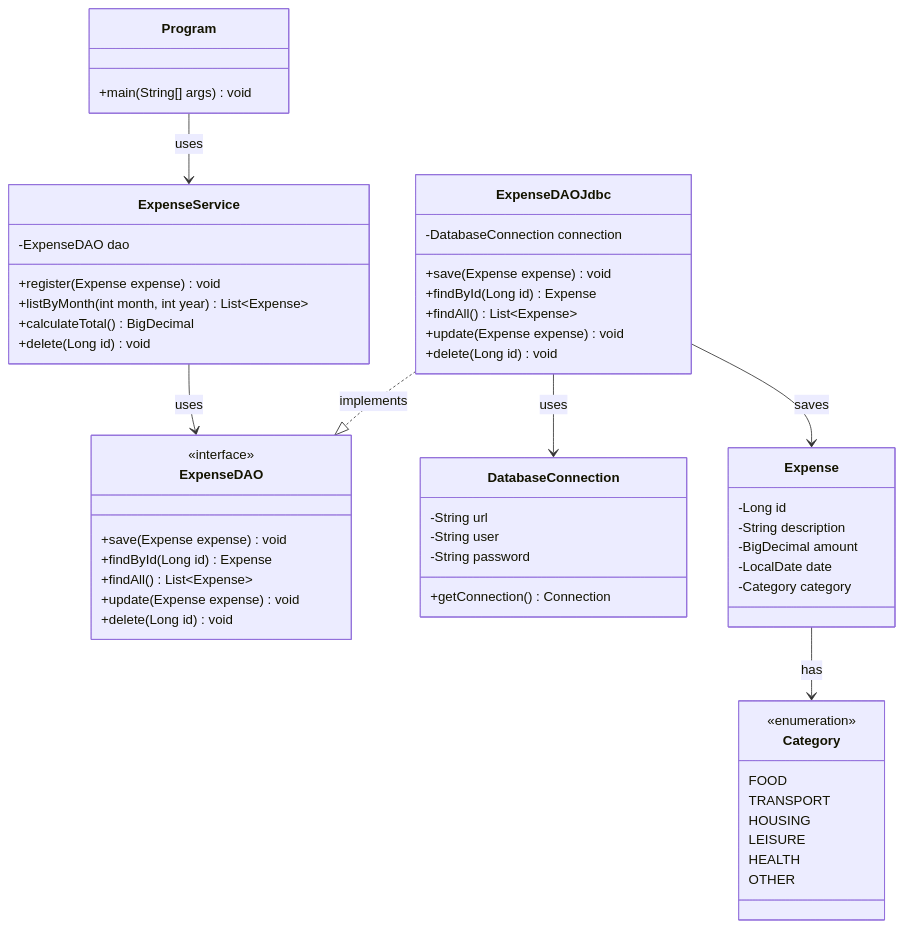
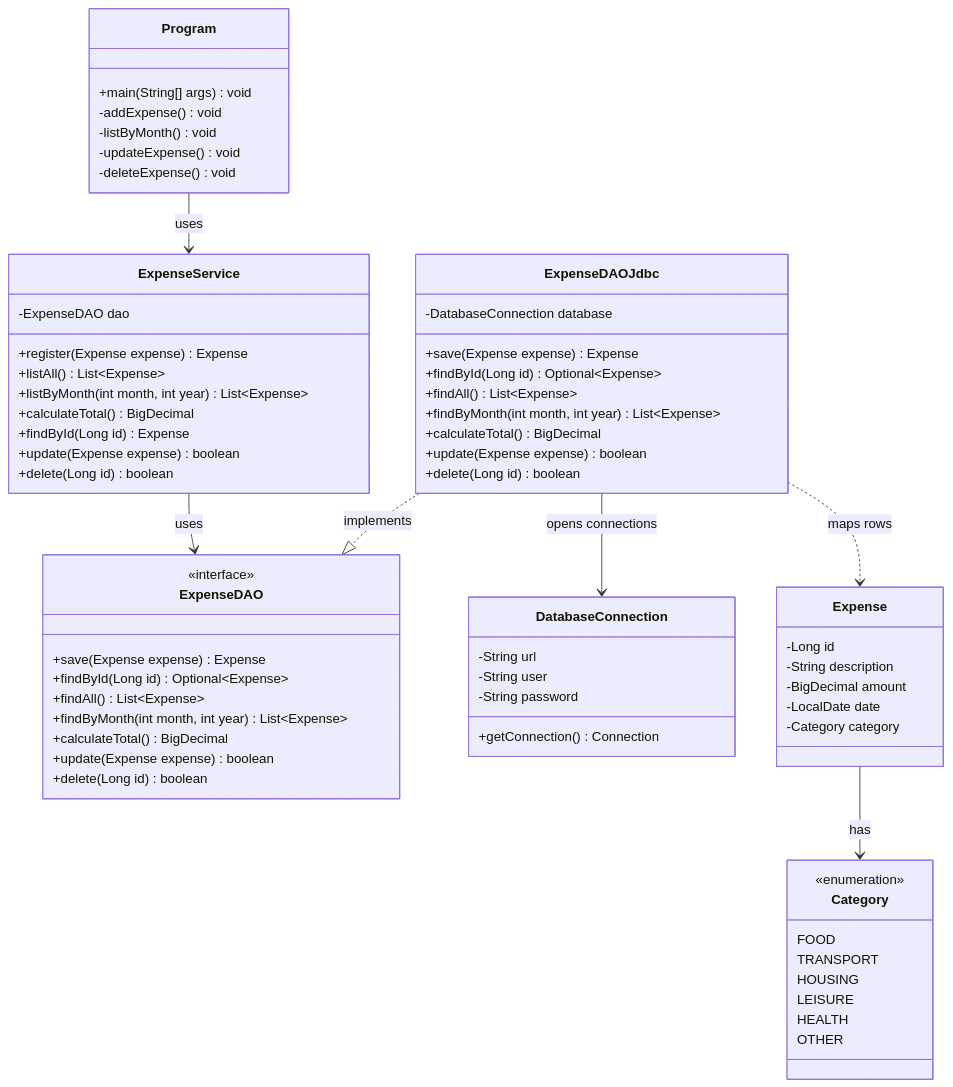
The diagram in docs/diagrams/src/v2-jdbc.mmd (Gxstein/expense-tracker-java), drawn with Mermaid before and after one commit.

Commit message:
docs: align JDBC diagram with implementation

```diff
--- a/docs/diagrams/src/v2-jdbc.mmd
+++ b/docs/diagrams/src/v2-jdbc.mmd
@@ -1,55 +1,66 @@
 classDiagram
     class Program {
         +main(String[] args) void
+        -addExpense() void
+        -listByMonth() void
+        -updateExpense() void
+        -deleteExpense() void
     }
     class ExpenseService {
         -ExpenseDAO dao
-        +register(Expense expense) void
+        +register(Expense expense) Expense
+        +listAll() List~Expense~
         +listByMonth(int month, int year) List~Expense~
         +calculateTotal() BigDecimal
-        +delete(Long id) void
+        +findById(Long id) Expense
+        +update(Expense expense) boolean
+        +delete(Long id) boolean
     }
     class ExpenseDAO {
         <<interface>>
-        +save(Expense expense) void
-        +findById(Long id) Expense
+        +save(Expense expense) Expense
+        +findById(Long id) Optional~Expense~
         +findAll() List~Expense~
-        +update(Expense expense) void
-        +delete(Long id) void
+        +findByMonth(int month, int year) List~Expense~
+        +calculateTotal() BigDecimal
+        +update(Expense expense) boolean
+        +delete(Long id) boolean
     }
     class ExpenseDAOJdbc {
-        -DatabaseConnection connection
-        +save(Expense expense) void
-        +findById(Long id) Expense
+        -DatabaseConnection database
+        +save(Expense expense) Expense
+        +findById(Long id) Optional~Expense~
         +findAll() List~Expense~
-        +update(Expense expense) void
-        +delete(Long id) void
+        +findByMonth(int month, int year) List~Expense~
+        +calculateTotal() BigDecimal
+        +update(Expense expense) boolean
+        +delete(Long id) boolean
     }
     class DatabaseConnection {
         -String url
         -String user
         -String password
         +getConnection() Connection
     }
     class Expense {
         -Long id
         -String description
         -BigDecimal amount
         -LocalDate date
         -Category category
     }
     class Category {
         <<enumeration>>
         FOOD
         TRANSPORT
         HOUSING
         LEISURE
         HEALTH
         OTHER
     }
     Program --> ExpenseService : uses
     ExpenseService --> ExpenseDAO : uses
     ExpenseDAOJdbc ..|> ExpenseDAO : implements
-    ExpenseDAOJdbc --> DatabaseConnection : uses
-    ExpenseDAOJdbc --> Expense : saves
+    ExpenseDAOJdbc --> DatabaseConnection : opens connections
+    ExpenseDAOJdbc ..> Expense : maps rows
     Expense --> Category : has
```
